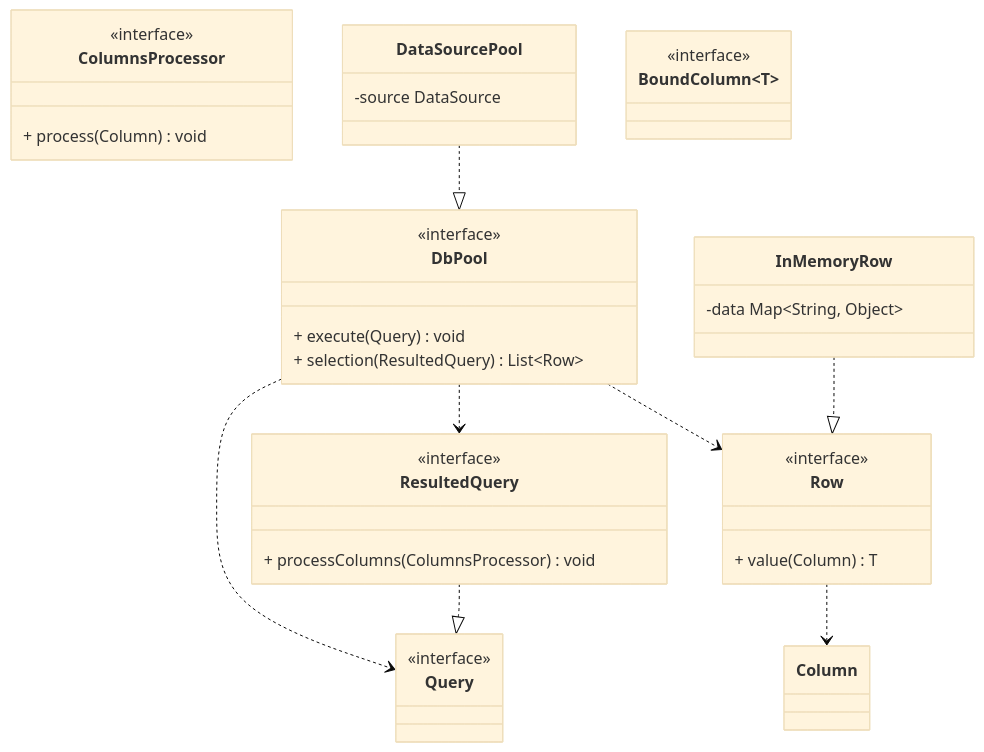
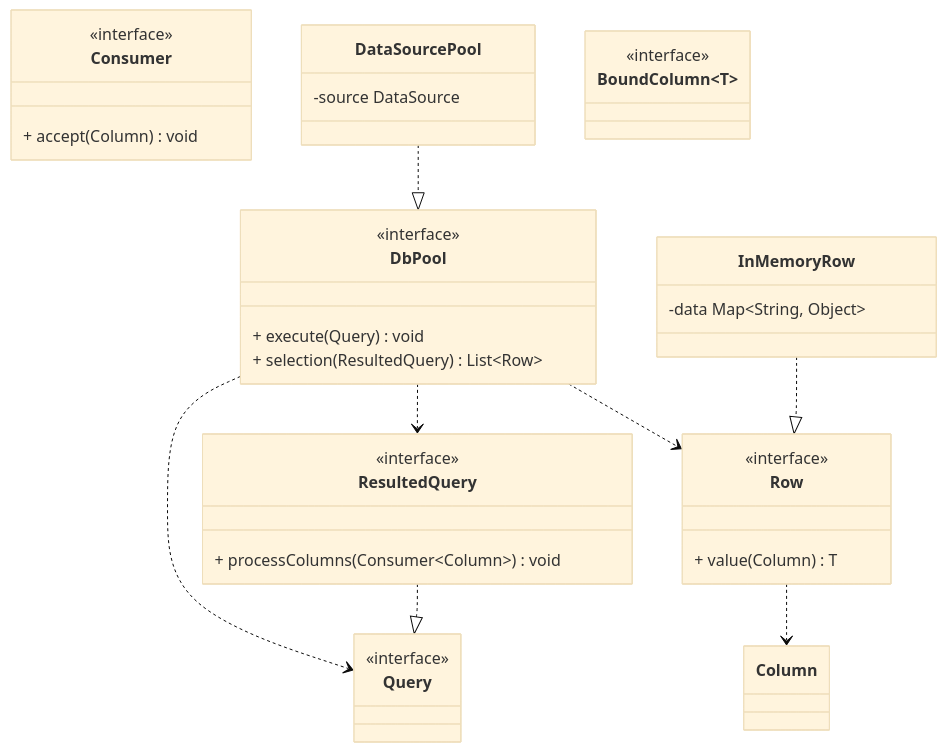
One commit to safarislava/QueryBricks changed diagram 13 of 13 in docs/domain.md. Above: the diagram before and after it, drawn with Mermaid (base theme). The commit also changed 9 other files, not shown here.

````diff
--- a/docs/domain.md
+++ b/docs/domain.md
@@ -472,47 +472,47 @@
 ```mermaid
 classDiagram
     class Query {
         <<interface>>
     }
 
     class ResultedQuery {
         <<interface>>
-        + processColumns(ColumnsProcessor) void
+        + processColumns(Consumer~Column~) void
     }
     ResultedQuery ..|> Query
 
-    class ColumnsProcessor {
+    class Consumer {
         <<interface>>
-        + process(Column) void
+        + accept(Column) void
     }
 
     class DbPool {
         <<interface>>
         + execute(Query) void
         + selection(ResultedQuery) List~Row~
     }
 
     class DataSourcePool {
         -source DataSource
     }
     DataSourcePool ..|> DbPool
 
     class BoundColumn~T~ {
         <<interface>>
     }
 
     class Row {
         <<interface>>
         + value(Column) T
     }
 
     class InMemoryRow {
         -data Map~String, Object~
     }
     InMemoryRow ..|> Row
 
     DbPool ..> Query
     DbPool ..> ResultedQuery
     DbPool ..> Row
     Row ..> Column
 ```
````
